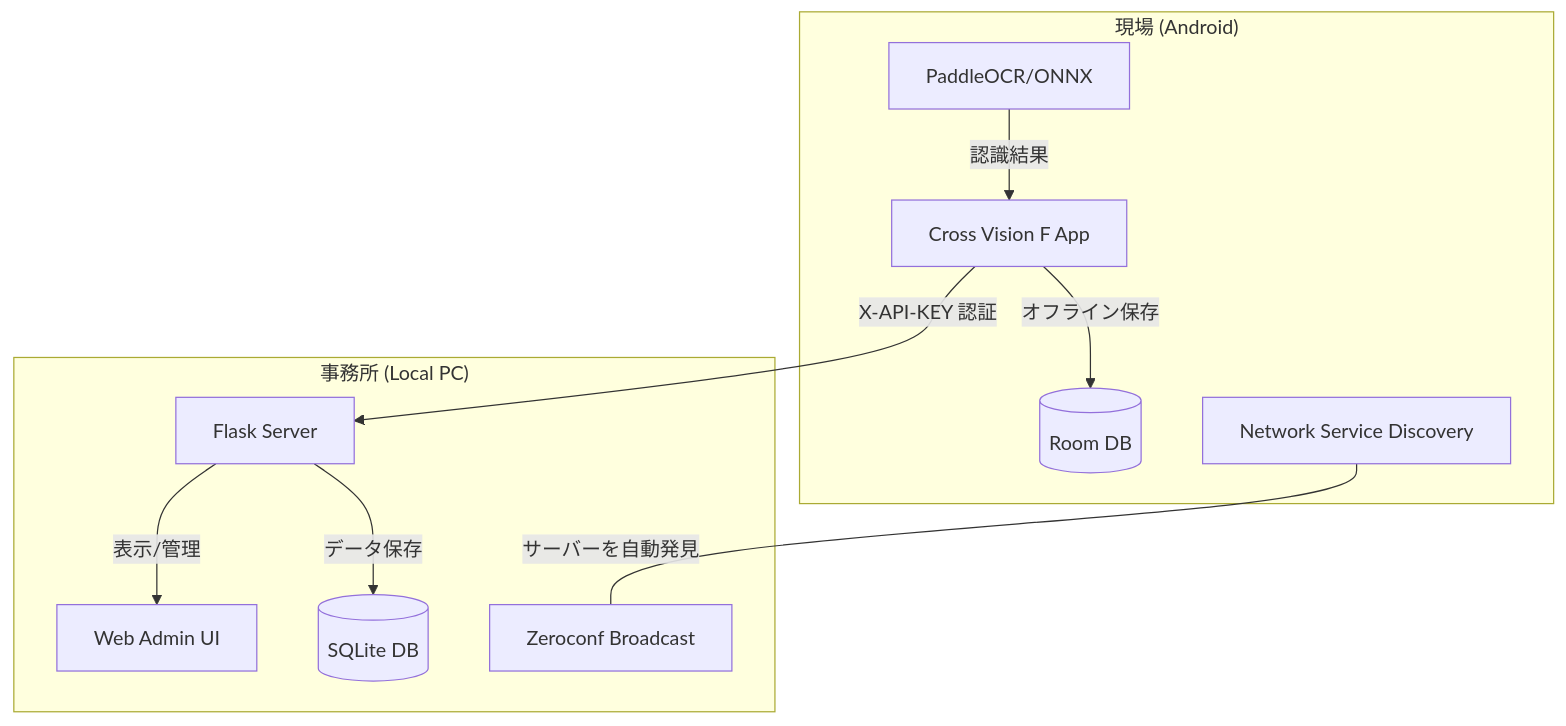
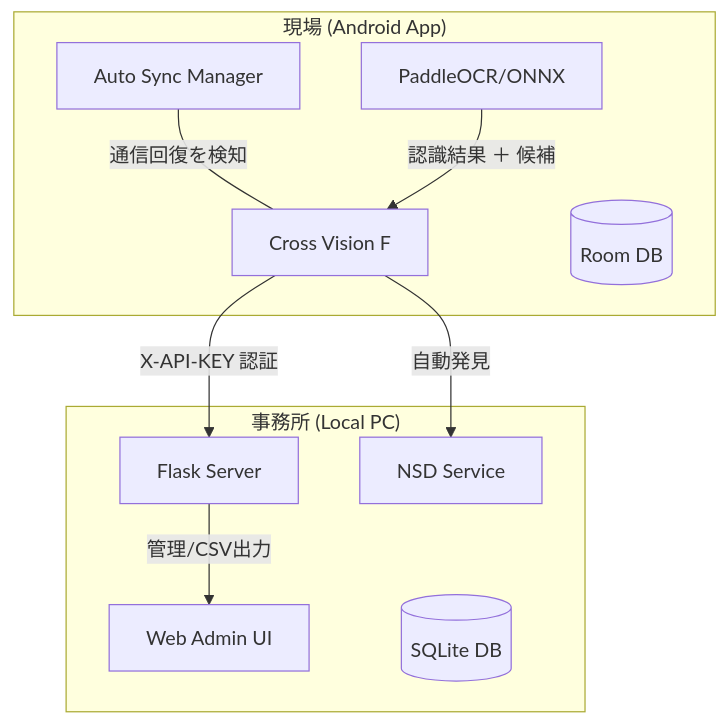
The diagram in README.md (iput04-isono/Solution), drawn with Mermaid before and after one commit. The commit also changed other lines of this file and 12 other files, not shown here.

````diff
--- a/README.md
+++ b/README.md
@@ -32,23 +33,22 @@
 ```mermaid
 graph TD
-    subgraph "現場 (Android)"
-        App[Cross Vision F App]
+    subgraph "現場 (Android App)"
+        App[Cross Vision F]
         OCR[PaddleOCR/ONNX]
         Room[(Room DB)]
-        NSD[Network Service Discovery]
+        Sync[Auto Sync Manager]
     end
     
     subgraph "事務所 (Local PC)"
         Server[Flask Server]
         Admin[Web Admin UI]
         SQLite[(SQLite DB)]
-        ZC[Zeroconf Broadcast]
+        Discovery[NSD Service]
     end
 
     App -- "X-API-KEY 認証" --> Server
-    NSD -- "サーバーを自動発見" --- ZC
-    OCR -- "認識結果" --> App
-    App -- "オフライン保存" --> Room
-    Server -- "表示/管理" --> Admin
-    Server -- "データ保存" --> SQLite
+    Sync -- "通信回復を検知" --- App
+    OCR -- "認識結果 ＋ 候補" --> App
+    App -- "自動発見" --> Discovery
+    Server -- "管理/CSV出力" --> Admin
 ```
````
